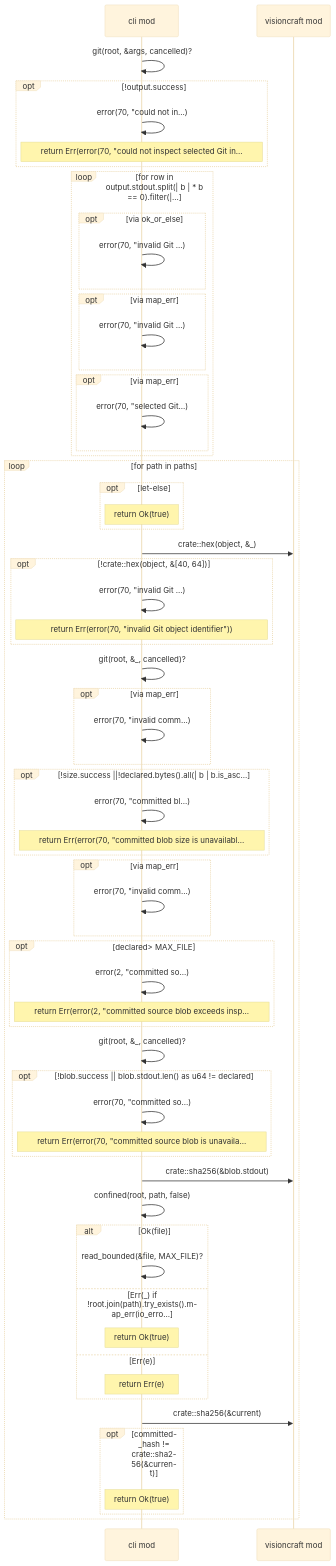
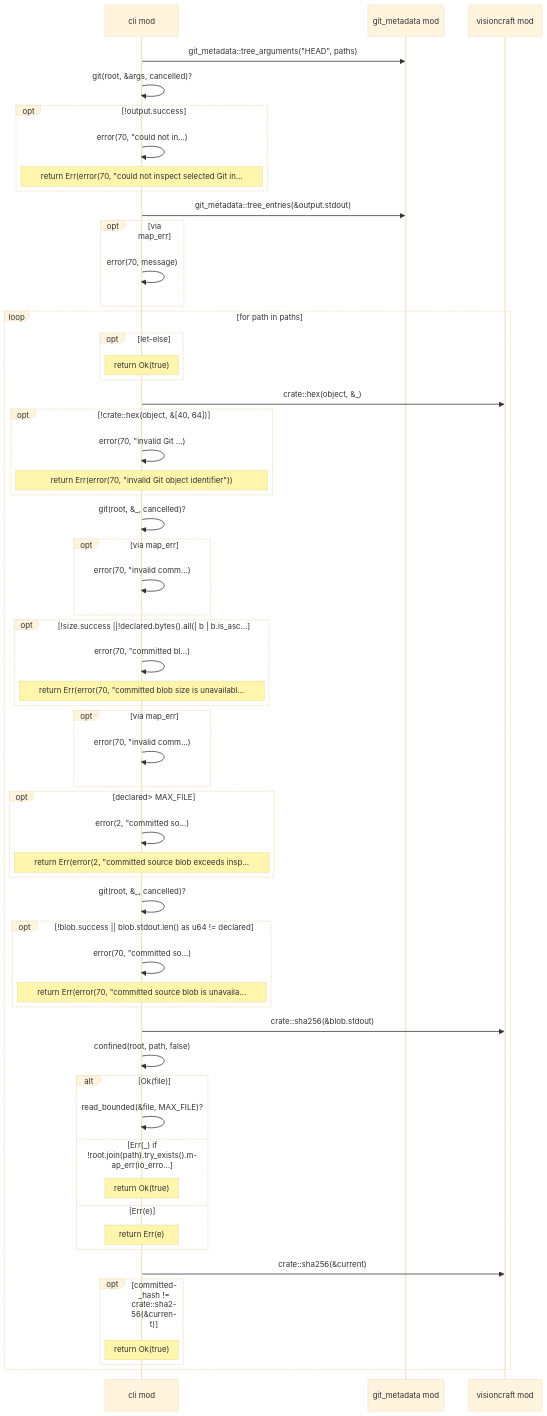
The eighth of 17 diagrams in docs/diagrams/generated/src/cli.rs.md (DreamLab-AI/visioncraft), drawn with Mermaid (base theme) before and after one commit. The commit also changed other lines of this file and 10 other files, not shown here.

Commit message:
Verify final release architecture and refresh generated diagrams

````diff
--- a/docs/diagrams/generated/src/cli.rs.md
+++ b/docs/diagrams/generated/src/cli.rs.md
@@ -173,64 +173,59 @@
 ```mermaid
 sequenceDiagram
   participant visioncraft__cli as cli mod
+  participant visioncraft__git_metadata as git_metadata mod
   participant visioncraft as visioncraft mod
+  visioncraft__cli->>visioncraft__git_metadata: git_metadata::tree_arguments(#quot;HEAD#quot;, paths)
   visioncraft__cli->>visioncraft__cli: git(root, &args, cancelled)?
   opt !output.success
     visioncraft__cli->>visioncraft__cli: error(70, #quot;could not in…)
     Note over visioncraft__cli: return Err(error(70, #quot;could not inspect selected Git in…
   end
-  loop for row in output.stdout.split(| b | * b == 0).filter(|…
-    opt via ok_or_else
-      visioncraft__cli->>visioncraft__cli: error(70, #quot;invalid Git …)
-    end
-    opt via map_err
-      visioncraft__cli->>visioncraft__cli: error(70, #quot;invalid Git …)
-    end
-    opt via map_err
-      visioncraft__cli->>visioncraft__cli: error(70, #quot;selected Git…)
-    end
+  visioncraft__cli->>visioncraft__git_metadata: git_metadata::tree_entries(&output.stdout)
+  opt via map_err
+    visioncraft__cli->>visioncraft__cli: error(70, message)
   end
   loop for path in paths
     opt let-else
       Note over visioncraft__cli: return Ok(true)
     end
     visioncraft__cli->>visioncraft: crate::hex(object, &_)
     opt !crate::hex(object, &[40, 64])
       visioncraft__cli->>visioncraft__cli: error(70, #quot;invalid Git …)
       Note over visioncraft__cli: return Err(error(70, #quot;invalid Git object identifier#quot;))
     end
     visioncraft__cli->>visioncraft__cli: git(root, &_, cancelled)?
     opt via map_err
       visioncraft__cli->>visioncraft__cli: error(70, #quot;invalid comm…)
     end
     opt !size.success ||!declared.bytes().all(| b | b.is_asc…
       visioncraft__cli->>visioncraft__cli: error(70, #quot;committed bl…)
       Note over visioncraft__cli: return Err(error(70, #quot;committed blob size is unavailabl…
     end
     opt via map_err
       visioncraft__cli->>visioncraft__cli: error(70, #quot;invalid comm…)
     end
     opt declared> MAX_FILE
       visioncraft__cli->>visioncraft__cli: error(2, #quot;committed so…)
       Note over visioncraft__cli: return Err(error(2, #quot;committed source blob exceeds insp…
     end
     visioncraft__cli->>visioncraft__cli: git(root, &_, cancelled)?
     opt !blob.success || blob.stdout.len() as u64 != declared
       visioncraft__cli->>visioncraft__cli: error(70, #quot;committed so…)
       Note over visioncraft__cli: return Err(error(70, #quot;committed source blob is unavaila…
     end
     visioncraft__cli->>visioncraft: crate::sha256(&blob.stdout)
     visioncraft__cli->>visioncraft__cli: confined(root, path, false)
     alt Ok(file)
       visioncraft__cli->>visioncraft__cli: read_bounded(&file, MAX_FILE)?
     else Err(_) if !root.join(path).try_exists().map_err(io_erro…
       Note over visioncraft__cli: return Ok(true)
     else Err(e)
       Note over visioncraft__cli: return Err(e)
     end
     visioncraft__cli->>visioncraft: crate::sha256(&current)
     opt committed_hash != crate::sha256(&current)
       Note over visioncraft__cli: return Ok(true)
     end
   end
 ```
````
